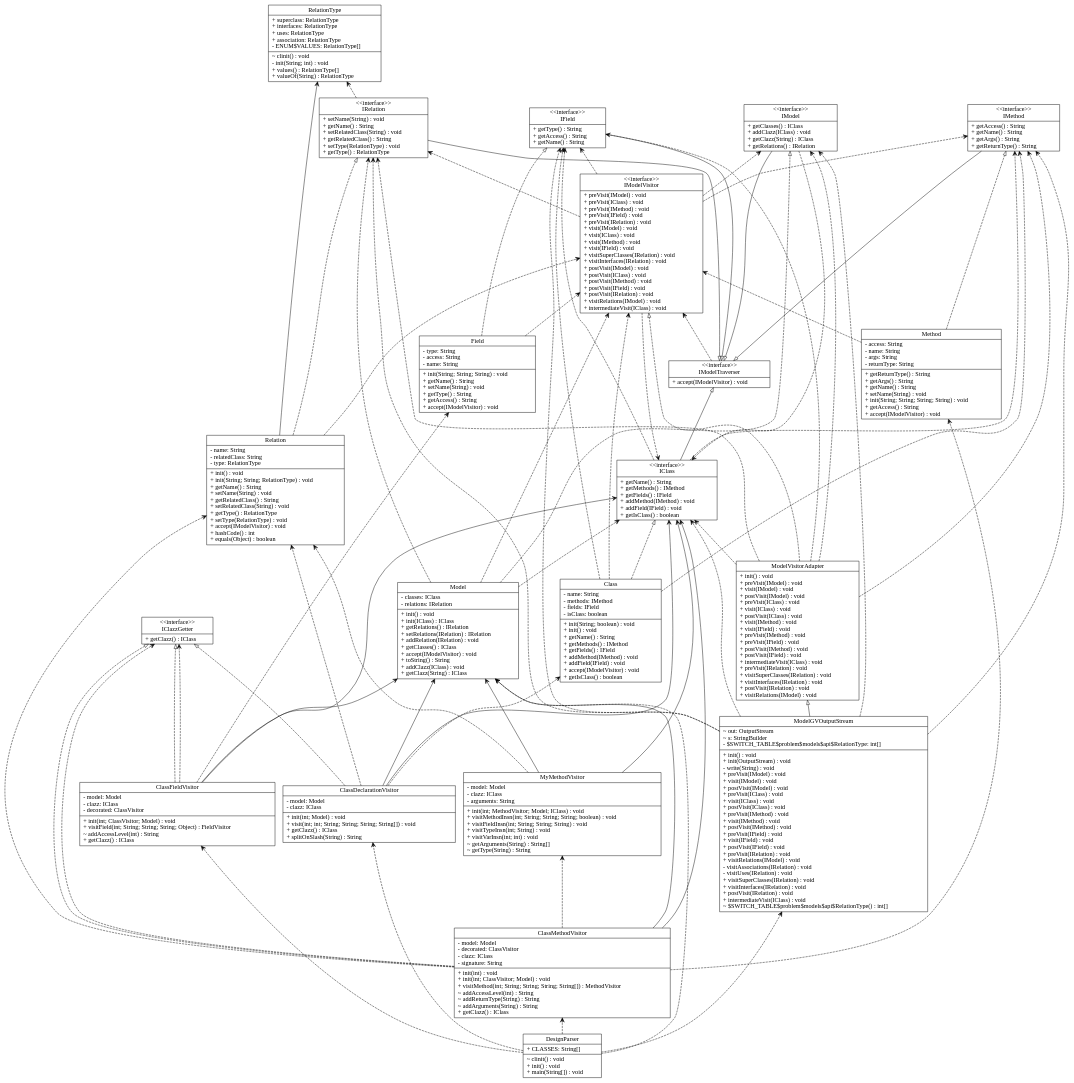
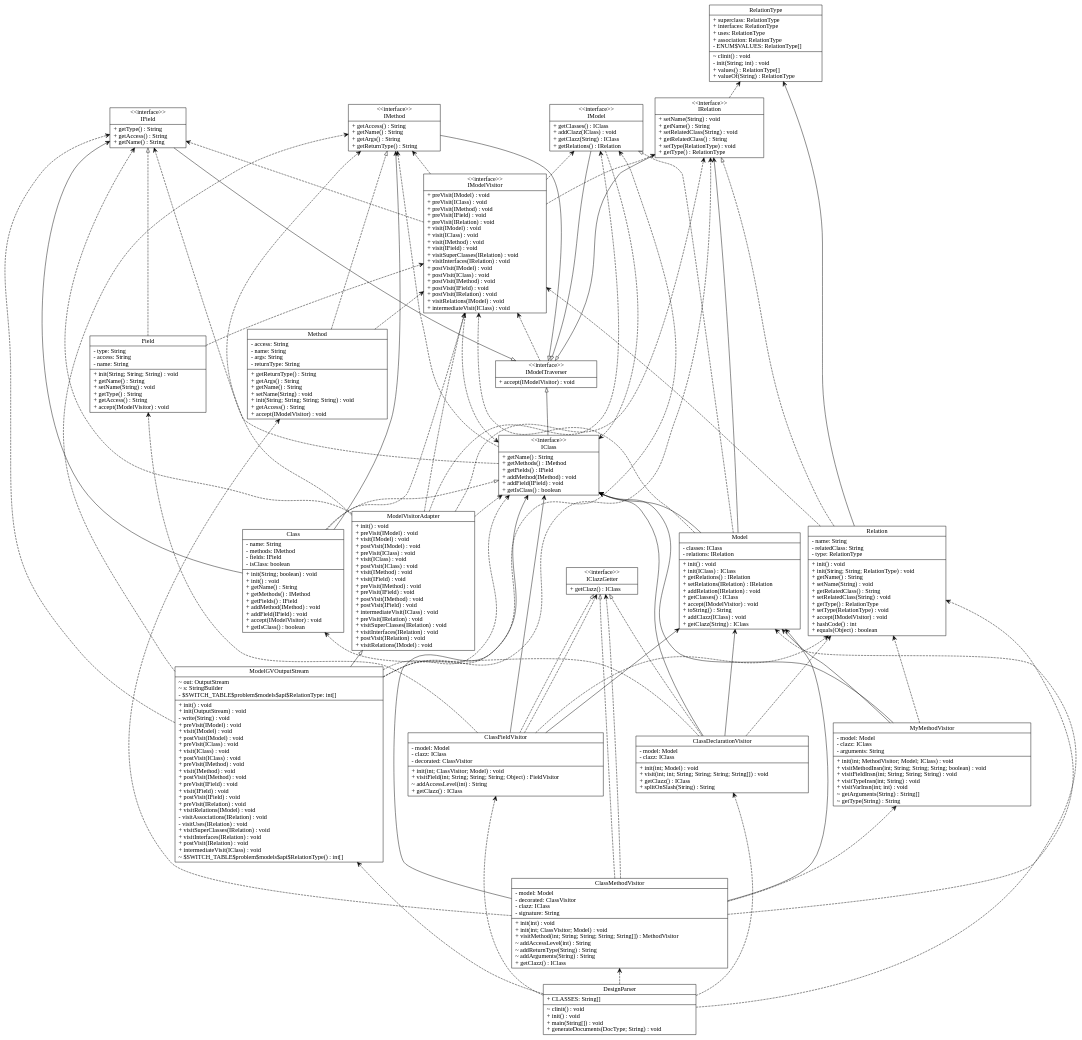
Before and after one commit to tpunt3/Csse374: the diagram in input_output/model.gv, drawn with Graphviz. The commit also changed 13 other files, not shown here.

```diff
--- a/input_output/model.gv
+++ b/input_output/model.gv
@@ -1,176 +1,177 @@
 digraph model{
 rankdir = BT;
 ClassDeclarationVisitor [
 shape="record",
 label = "{ClassDeclarationVisitor| - model: Model\l- clazz: IClass\l|+ init(int; Model) : void\l+ visit(int; int; String; String; String; String[]) : void\l+ getClazz() : IClass\l+ splitOnSlash(String) : String\l}"
 ];
 
 ClassFieldVisitor [
 shape="record",
 label = "{ClassFieldVisitor| - model: Model\l- clazz: IClass\l- decorated: ClassVisitor\l|+ init(int; ClassVisitor; Model) : void\l+ visitField(int; String; String; String; Object) : FieldVisitor\l~ addAccessLevel(int) : String\l+ getClazz() : IClass\l}"
 ];
 
 ClassMethodVisitor [
 shape="record",
 label = "{ClassMethodVisitor| - model: Model\l- decorated: ClassVisitor\l- clazz: IClass\l- signature: String\l|+ init(int) : void\l+ init(int; ClassVisitor; Model) : void\l+ visitMethod(int; String; String; String; String[]) : MethodVisitor\l~ addAccessLevel(int) : String\l~ addReturnType(String) : String\l~ addArguments(String) : String\l+ getClazz() : IClass\l}"
 ];
 
 DesignParser [
 shape="record",
-label = "{DesignParser| + CLASSES: String[]\l|~ clinit() : void\l+ init() : void\l+ main(String[]) : void\l}"
+label = "{DesignParser| + CLASSES: String[]\l|~ clinit() : void\l+ init() : void\l+ main(String[]) : void\l+ generateDocuments(DocType; String) : void\l}"
 ];
 
 IClazzGetter [
 shape="record",
 label = "{\<\<interface\>\>\nIClazzGetter| + getClazz() : IClass\l}"
 ];
 
 MyMethodVisitor [
 shape="record",
 label = "{MyMethodVisitor| - model: Model\l- clazz: IClass\l- arguments: String\l|+ init(int; MethodVisitor; Model; IClass) : void\l+ visitMethodInsn(int; String; String; String; boolean) : void\l+ visitFieldInsn(int; String; String; String) : void\l+ visitTypeInsn(int; String) : void\l+ visitVarInsn(int; int) : void\l~ getArguments(String) : String[]\l~ getType(String) : String\l}"
 ];
 
 IModelTraverser [
 shape="record",
 label = "{\<\<interface\>\>\nIModelTraverser| + accept(IModelVisitor) : void\l}"
 ];
 
 IModelVisitor [
 shape="record",
 label = "{\<\<interface\>\>\nIModelVisitor| + preVisit(IModel) : void\l+ preVisit(IClass) : void\l+ preVisit(IMethod) : void\l+ preVisit(IField) : void\l+ preVisit(IRelation) : void\l+ visit(IModel) : void\l+ visit(IClass) : void\l+ visit(IMethod) : void\l+ visit(IField) : void\l+ visitSuperClasses(IRelation) : void\l+ visitInterfaces(IRelation) : void\l+ postVisit(IModel) : void\l+ postVisit(IClass) : void\l+ postVisit(IMethod) : void\l+ postVisit(IField) : void\l+ postVisit(IRelation) : void\l+ visitRelations(IModel) : void\l+ intermediateVisit(IClass) : void\l}"
 ];
 
 ModelVisitorAdapter [
 shape="record",
 label = "{ModelVisitorAdapter| + init() : void\l+ preVisit(IModel) : void\l+ visit(IModel) : void\l+ postVisit(IModel) : void\l+ preVisit(IClass) : void\l+ visit(IClass) : void\l+ postVisit(IClass) : void\l+ visit(IMethod) : void\l+ visit(IField) : void\l+ preVisit(IMethod) : void\l+ preVisit(IField) : void\l+ postVisit(IMethod) : void\l+ postVisit(IField) : void\l+ intermediateVisit(IClass) : void\l+ preVisit(IRelation) : void\l+ visitSuperClasses(IRelation) : void\l+ visitInterfaces(IRelation) : void\l+ postVisit(IRelation) : void\l+ visitRelations(IModel) : void\l}"
 ];
 
 IClass [
 shape="record",
 label = "{\<\<interface\>\>\nIClass| + getName() : String\l+ getMethods() : IMethod\l+ getFields() : IField\l+ addMethod(IMethod) : void\l+ addField(IField) : void\l+ getIsClass() : boolean\l}"
 ];
 
 IField [
 shape="record",
 label = "{\<\<interface\>\>\nIField| + getType() : String\l+ getAccess() : String\l+ getName() : String\l}"
 ];
 
 IMethod [
 shape="record",
 label = "{\<\<interface\>\>\nIMethod| + getAccess() : String\l+ getName() : String\l+ getArgs() : String\l+ getReturnType() : String\l}"
 ];
 
 IModel [
 shape="record",
 label = "{\<\<interface\>\>\nIModel| + getClasses() : IClass\l+ addClazz(IClass) : void\l+ getClazz(String) : IClass\l+ getRelations() : IRelation\l}"
 ];
 
 IRelation [
 shape="record",
 label = "{\<\<interface\>\>\nIRelation| + setName(String) : void\l+ getName() : String\l+ setRelatedClass(String) : void\l+ getRelatedClass() : String\l+ setType(RelationType) : void\l+ getType() : RelationType\l}"
 ];
 
 RelationType [
 shape="record",
 label = "{RelationType| + superclass: RelationType\l+ interfaces: RelationType\l+ uses: RelationType\l+ association: RelationType\l- ENUM$VALUES: RelationType[]\l|~ clinit() : void\l- init(String; int) : void\l+ values() : RelationType[]\l+ valueOf(String) : RelationType\l}"
 ];
 
 Class [
 shape="record",
 label = "{Class| - name: String\l- methods: IMethod\l- fields: IField\l- isClass: boolean\l|+ init(String; boolean) : void\l+ init() : void\l+ getName() : String\l+ getMethods() : IMethod\l+ getFields() : IField\l+ addMethod(IMethod) : void\l+ addField(IField) : void\l+ accept(IModelVisitor) : void\l+ getIsClass() : boolean\l}"
 ];
 
 Field [
 shape="record",
 label = "{Field| - type: String\l- access: String\l- name: String\l|+ init(String; String; String) : void\l+ getName() : String\l+ setName(String) : void\l+ getType() : String\l+ getAccess() : String\l+ accept(IModelVisitor) : void\l}"
 ];
 
 Method [
 shape="record",
 label = "{Method| - access: String\l- name: String\l- args: String\l- returnType: String\l|+ getReturnType() : String\l+ getArgs() : String\l+ getName() : String\l+ setName(String) : void\l+ init(String; String; String; String) : void\l+ getAccess() : String\l+ accept(IModelVisitor) : void\l}"
 ];
 
 Model [
 shape="record",
 label = "{Model| - classes: IClass\l- relations: IRelation\l|+ init() : void\l+ init(IClass) : IClass\l+ getRelations() : IRelation\l+ setRelations(IRelation) : IRelation\l+ addRelation(IRelation) : void\l+ getClasses() : IClass\l+ accept(IModelVisitor) : void\l+ toString() : String\l+ addClazz(IClass) : void\l+ getClazz(String) : IClass\l}"
 ];
 
 ModelGVOutputStream [
 shape="record",
 label = "{ModelGVOutputStream| ~ out: OutputStream\l~ s: StringBuilder\l- $SWITCH_TABLE$problem$models$api$RelationType: int[]\l|+ init() : void\l+ init(OutputStream) : void\l- write(String) : void\l+ preVisit(IModel) : void\l+ visit(IModel) : void\l+ postVisit(IModel) : void\l+ preVisit(IClass) : void\l+ visit(IClass) : void\l+ postVisit(IClass) : void\l+ preVisit(IMethod) : void\l+ visit(IMethod) : void\l+ postVisit(IMethod) : void\l+ preVisit(IField) : void\l+ visit(IField) : void\l+ postVisit(IField) : void\l+ preVisit(IRelation) : void\l+ visitRelations(IModel) : void\l- visitAssociations(IRelation) : void\l- visitUses(IRelation) : void\l+ visitSuperClasses(IRelation) : void\l+ visitInterfaces(IRelation) : void\l+ postVisit(IRelation) : void\l+ intermediateVisit(IClass) : void\l~ $SWITCH_TABLE$problem$models$api$RelationType() : int[]\l}"
 ];
 
 Relation [
 shape="record",
 label = "{Relation| - name: String\l- relatedClass: String\l- type: RelationType\l|+ init() : void\l+ init(String; String; RelationType) : void\l+ getName() : String\l+ setName(String) : void\l+ getRelatedClass() : String\l+ setRelatedClass(String) : void\l+ getType() : RelationType\l+ setType(RelationType) : void\l+ accept(IModelVisitor) : void\l+ hashCode() : int\l+ equals(Object) : boolean\l}"
 ];
 
 //writing relations between classes now
 ClassDeclarationVisitor -> IClazzGetter [arrowhead = "empty", style = "dashed"];
 ClassDeclarationVisitor -> Model [arrowhead = "vee"];
+ClassDeclarationVisitor -> IClass [arrowhead = "vee"];
 ClassDeclarationVisitor -> Class [arrowhead = "vee", style = "dashed"];
-ClassDeclarationVisitor -> IClass [arrowhead = "vee"];
 ClassDeclarationVisitor -> Relation [arrowhead = "vee", style = "dashed"];
 ClassFieldVisitor -> IClazzGetter [arrowhead = "empty", style = "dashed"];
 ClassFieldVisitor -> Model [arrowhead = "vee"];
 ClassFieldVisitor -> IClass [arrowhead = "vee"];
+ClassFieldVisitor -> Relation [arrowhead = "vee", style = "dashed"];
 ClassFieldVisitor -> Field [arrowhead = "vee", style = "dashed"];
 ClassFieldVisitor -> IClazzGetter [arrowhead = "vee", style = "dashed"];
 ClassMethodVisitor -> IClazzGetter [arrowhead = "empty", style = "dashed"];
+ClassMethodVisitor -> Model [arrowhead = "vee"];
 ClassMethodVisitor -> IClass [arrowhead = "vee"];
-ClassMethodVisitor -> Model [arrowhead = "vee"];
 ClassMethodVisitor -> MyMethodVisitor [arrowhead = "vee", style = "dashed"];
 ClassMethodVisitor -> Relation [arrowhead = "vee", style = "dashed"];
 ClassMethodVisitor -> Method [arrowhead = "vee", style = "dashed"];
 ClassMethodVisitor -> IClazzGetter [arrowhead = "vee", style = "dashed"];
 DesignParser -> Model [arrowhead = "vee", style = "dashed"];
 DesignParser -> ClassDeclarationVisitor [arrowhead = "vee", style = "dashed"];
 DesignParser -> ClassFieldVisitor [arrowhead = "vee", style = "dashed"];
 DesignParser -> ClassMethodVisitor [arrowhead = "vee", style = "dashed"];
 DesignParser -> ModelGVOutputStream [arrowhead = "vee", style = "dashed"];
 MyMethodVisitor -> Model [arrowhead = "vee"];
 MyMethodVisitor -> IClass [arrowhead = "vee"];
 MyMethodVisitor -> Relation [arrowhead = "vee", style = "dashed"];
 IModelTraverser -> IModelVisitor [arrowhead = "vee", style = "dashed"];
 IModelVisitor -> IModel [arrowhead = "vee", style = "dashed"];
 IModelVisitor -> IClass [arrowhead = "vee", style = "dashed"];
 IModelVisitor -> IMethod [arrowhead = "vee", style = "dashed"];
 IModelVisitor -> IField [arrowhead = "vee", style = "dashed"];
 IModelVisitor -> IRelation [arrowhead = "vee", style = "dashed"];
 ModelVisitorAdapter -> IModelVisitor [arrowhead = "empty", style = "dashed"];
 ModelVisitorAdapter -> IModel [arrowhead = "vee", style = "dashed"];
 ModelVisitorAdapter -> IClass [arrowhead = "vee", style = "dashed"];
 ModelVisitorAdapter -> IMethod [arrowhead = "vee", style = "dashed"];
 ModelVisitorAdapter -> IField [arrowhead = "vee", style = "dashed"];
 ModelVisitorAdapter -> IRelation [arrowhead = "vee", style = "dashed"];
 IClass -> IModelTraverser [arrowhead = "empty"];
 IClass -> IMethod [arrowhead = "vee", style = "dashed"];
 IClass -> IField [arrowhead = "vee", style = "dashed"];
 IField -> IModelTraverser [arrowhead = "empty"];
 IMethod -> IModelTraverser [arrowhead = "empty"];
 IModel -> IModelTraverser [arrowhead = "empty"];
 IModel -> IClass [arrowhead = "vee", style = "dashed"];
 IRelation -> IModelTraverser [arrowhead = "empty"];
 IRelation -> RelationType [arrowhead = "vee", style = "dashed"];
 Class -> IClass [arrowhead = "empty", style = "dashed"];
-Class -> IMethod [arrowhead = "vee", style = "dashed"];
-Class -> IField [arrowhead = "vee", style = "dashed"];
+Class -> IMethod [arrowhead = "vee"];
+Class -> IField [arrowhead = "vee"];
 Class -> IModelVisitor [arrowhead = "vee", style = "dashed"];
 Field -> IField [arrowhead = "empty", style = "dashed"];
 Field -> IModelVisitor [arrowhead = "vee", style = "dashed"];
 Method -> IMethod [arrowhead = "empty", style = "dashed"];
 Method -> IModelVisitor [arrowhead = "vee", style = "dashed"];
 Model -> IModel [arrowhead = "empty", style = "dashed"];
-Model -> IClass [arrowhead = "vee", style = "dashed"];
-Model -> IRelation [arrowhead = "vee", style = "dashed"];
+Model -> IClass [arrowhead = "vee"];
+Model -> IRelation [arrowhead = "vee"];
 Model -> IModelVisitor [arrowhead = "vee", style = "dashed"];
 ModelGVOutputStream -> ModelVisitorAdapter [arrowhead = "empty"];
 ModelGVOutputStream -> IModel [arrowhead = "vee", style = "dashed"];
 ModelGVOutputStream -> IClass [arrowhead = "vee", style = "dashed"];
 ModelGVOutputStream -> IMethod [arrowhead = "vee", style = "dashed"];
 ModelGVOutputStream -> IField [arrowhead = "vee", style = "dashed"];
 ModelGVOutputStream -> IRelation [arrowhead = "vee", style = "dashed"];
 Relation -> IRelation [arrowhead = "empty", style = "dashed"];
 Relation -> RelationType [arrowhead = "vee"];
 Relation -> IModelVisitor [arrowhead = "vee", style = "dashed"];
 }
```
